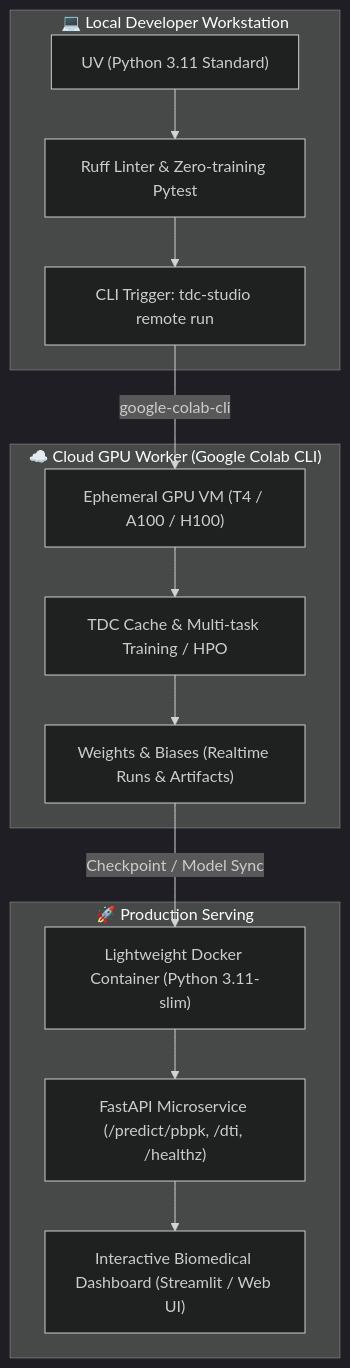
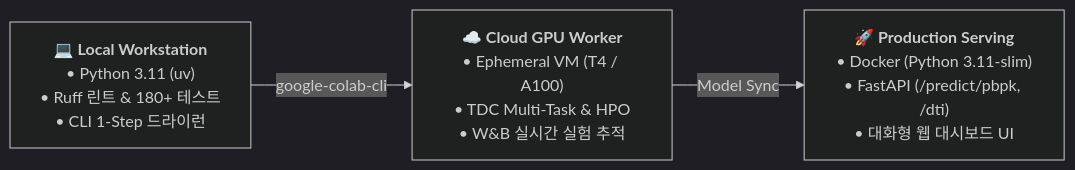
Before and after one commit to brightonmoon/tdc-studio: the diagram in README.md, drawn with Mermaid (dark theme). The commit also changed other lines of this file and 1 other file, not shown here.

Commit message:
docs: remove mockup UI image and compact architecture flowchart for screen fit

````diff
--- a/README.md
+++ b/README.md
@@ -41,24 +36,6 @@
 ```mermaid
-flowchart TD
-    subgraph Local["💻 Local Developer Workstation"]
-        A["UV (Python 3.11 Standard)"] --> B["Ruff Linter & Zero-training Pytest"]
-        B --> C["CLI Trigger: tdc-studio remote run"]
-    end
-
-    subgraph Colab["☁️ Cloud GPU Worker (Google Colab CLI)"]
-        D["Ephemeral GPU VM (T4 / A100 / H100)"]
-        E["TDC Cache & Multi-task Training / HPO"]
-        F["Weights & Biases (Realtime Runs & Artifacts)"]
-        D --> E --> F
-    end
-
-    subgraph Serving["🚀 Production Serving"]
-        G["Lightweight Docker Container (Python 3.11-slim)"]
-        H["FastAPI Microservice (/predict/pbpk, /dti, /healthz)"]
-        I["Interactive Biomedical Dashboard (Streamlit / Web UI)"]
-        G --> H --> I
-    end
-
-    C -->|google-colab-cli| D
-    F -->|Checkpoint / Model Sync| G
+flowchart LR
+    Local["💻 <b>Local Workstation</b><br>• Python 3.11 (uv)<br>• Ruff 린트 & 180+ 테스트<br>• CLI 1-Step 드라이런"]
+    -->|google-colab-cli| Colab["☁️ <b>Cloud GPU Worker</b><br>• Ephemeral VM (T4 / A100)<br>• TDC Multi-Task & HPO<br>• W&B 실시간 실험 추적"]
+    -->|Model Sync| Serving["🚀 <b>Production Serving</b><br>• Docker (Python 3.11-slim)<br>• FastAPI (/predict/pbpk, /dti)<br>• 대화형 웹 대시보드 UI"]
 ```
````
